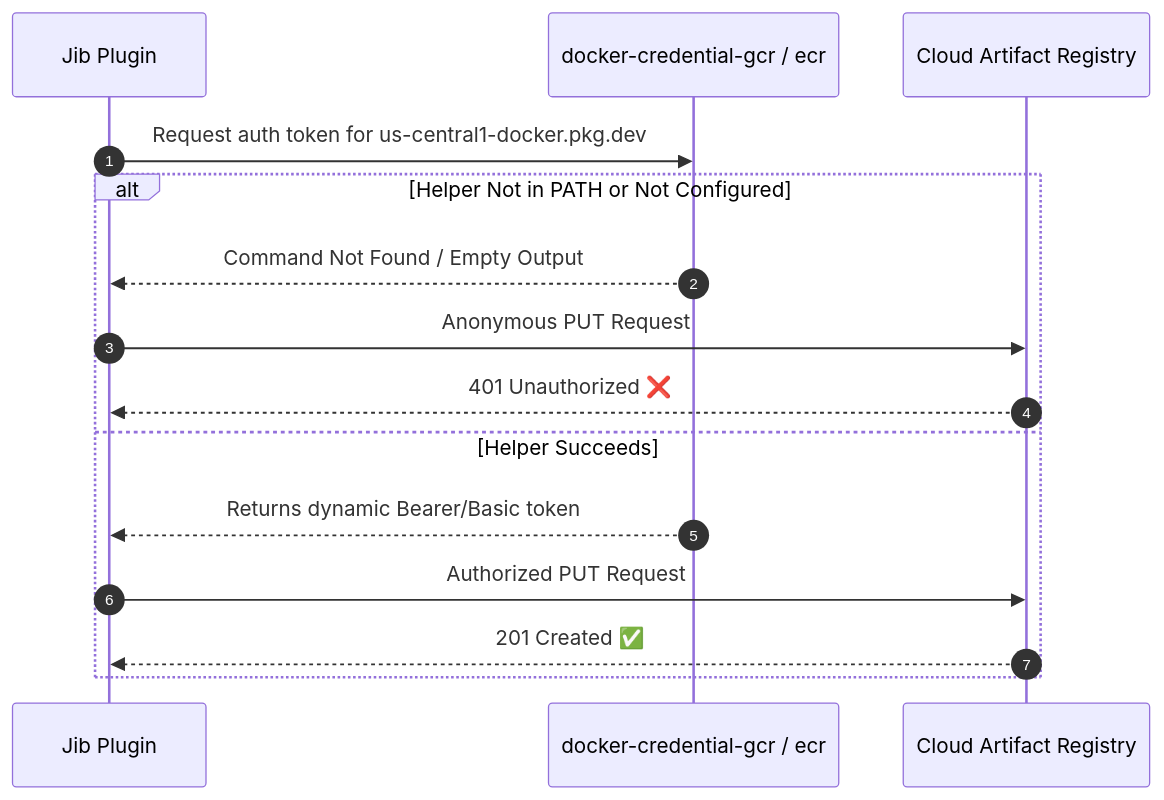
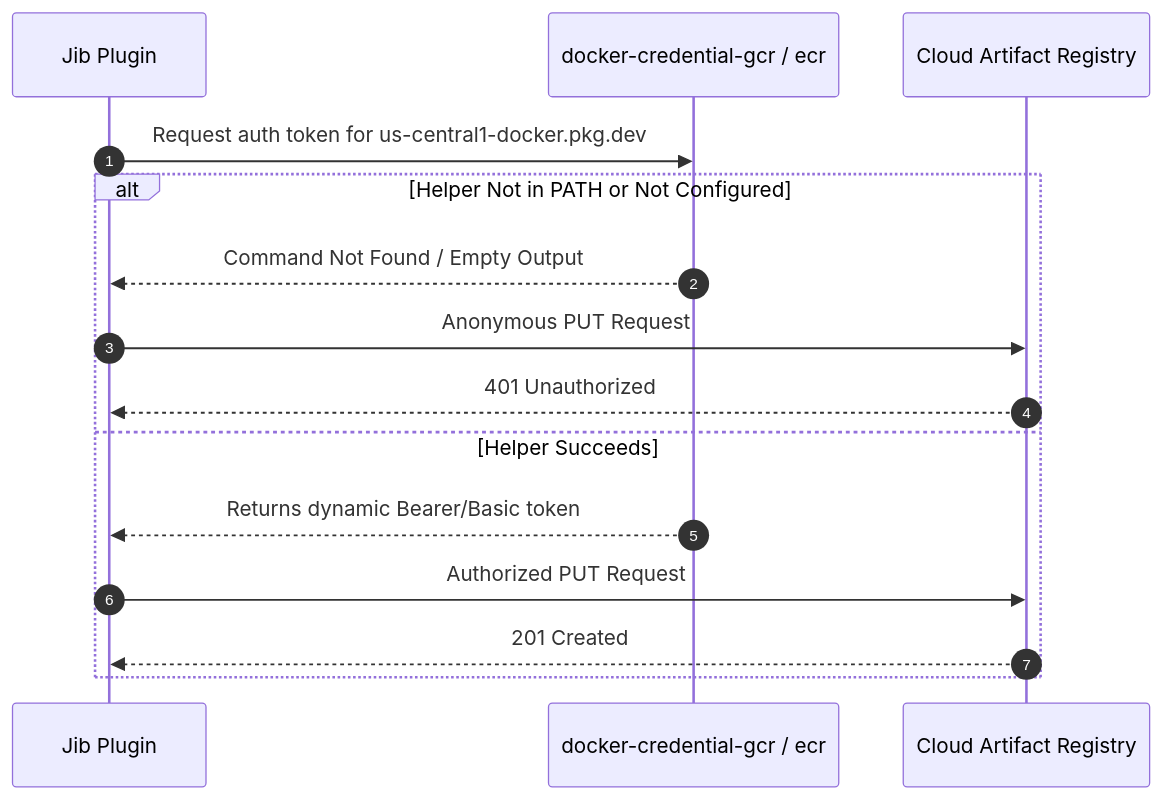
The second of 2 diagrams in docs/debugging/jib-cloud-auth-and-graalvm-native-pitfalls.md (Rohit1024/spring-boot-mastery), drawn with Mermaid before and after one commit. The commit also changed other lines of this file and 117 other files, not shown here.

````diff
--- a/docs/debugging/jib-cloud-auth-and-graalvm-native-pitfalls.md
+++ b/docs/debugging/jib-cloud-auth-and-graalvm-native-pitfalls.md
@@ -48,18 +48,18 @@
 ``` mermaid
 sequenceDiagram
     autonumber
     participant Jib as Jib Plugin
     participant Helper as docker-credential-gcr / ecr
     participant Registry as Cloud Artifact Registry
 
     Jib->>Helper: Request auth token for us-central1-docker.pkg.dev
     alt Helper Not in PATH or Not Configured
         Helper-->>Jib: Command Not Found / Empty Output
         Jib->>Registry: Anonymous PUT Request
-        Registry-->>Jib: 401 Unauthorized ❌
+        Registry-->>Jib: 401 Unauthorized
     else Helper Succeeds
         Helper-->>Jib: Returns dynamic Bearer/Basic token
         Jib->>Registry: Authorized PUT Request
-        Registry-->>Jib: 201 Created ✅
+        Registry-->>Jib: 201 Created
     end
 ```
````
